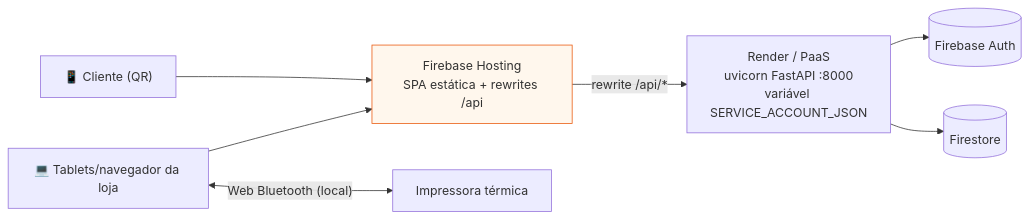
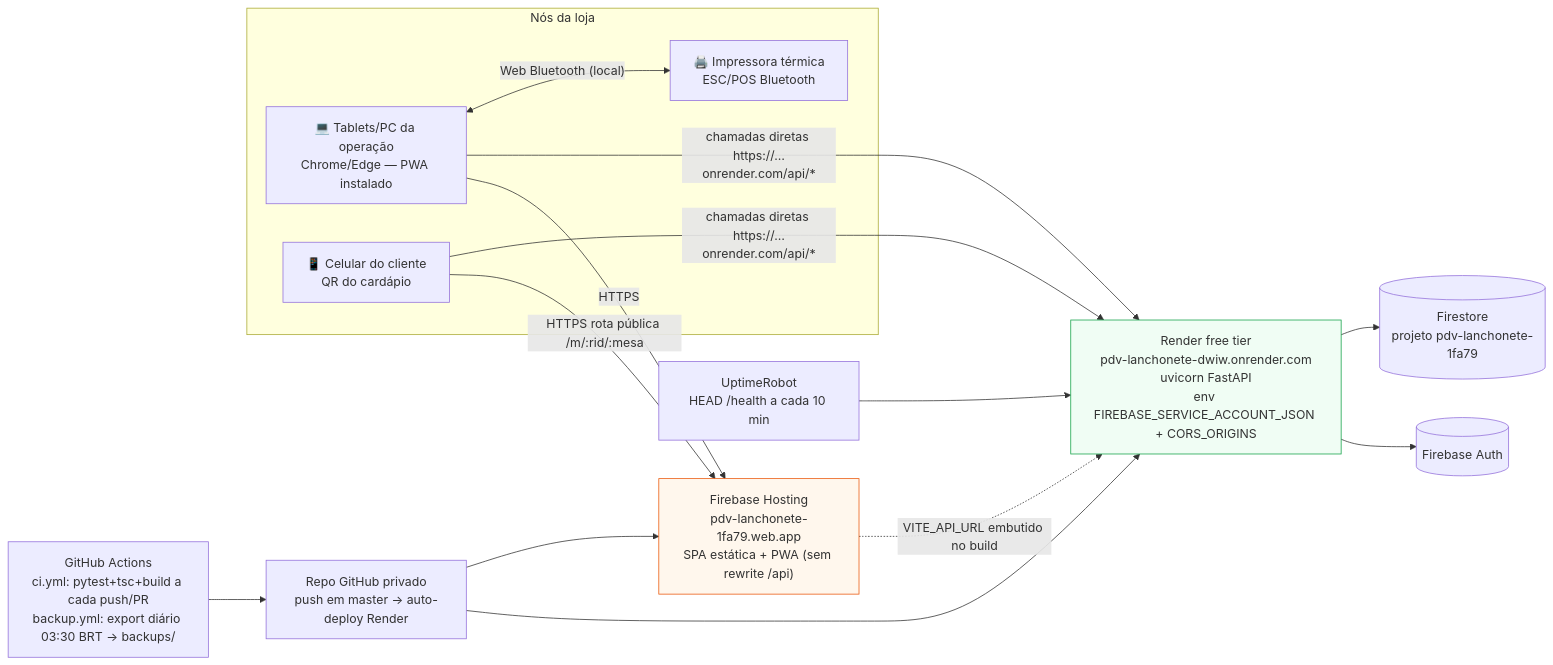
Before and after one commit to gabrielabrahaodev/pdv-lanchonete: the second of 3 diagrams in docs/02-modelagem/diagrama-implantacao.md, drawn with Mermaid. The commit also changed other lines of this file and 31 other files, not shown here.

````diff
--- a/docs/02-modelagem/diagrama-implantacao.md
+++ b/docs/02-modelagem/diagrama-implantacao.md
@@ -38,10 +38,33 @@
 ```mermaid
 flowchart LR
-    U1["💻 Tablets/navegador da loja"] & U2["📱 Cliente (QR)"] --> FH["Firebase Hosting<br/>SPA estática + rewrites /api"]
-    FH -->|"rewrite /api/*"| RN["Render / PaaS<br/>uvicorn FastAPI :8000<br/>variável SERVICE_ACCOUNT_JSON"]
-    RN --> AUTH2[("Firebase Auth")]
-    RN --> FS2[("Firestore")]
-    U1 <-->|"Web Bluetooth (local)"| IMP2["Impressora térmica"]
+    subgraph LOJA["Nós da loja"]
+        U1["💻 Tablets/PC da operação<br/>Chrome/Edge — PWA instalado"]
+        IMP["🖨️ Impressora térmica<br/>ESC/POS Bluetooth"]
+        U2["📱 Celular do cliente<br/>QR do cardápio"]
+    end
+
+    FH["Firebase Hosting<br/>pdv-lanchonete-1fa79.web.app<br/>SPA estática + PWA (sem rewrite /api)"]
+    RN["Render free tier<br/>pdv-lanchonete-dwiw.onrender.com<br/>uvicorn FastAPI<br/>env FIREBASE_SERVICE_ACCOUNT_JSON + CORS_ORIGINS"]
+
+    GHA["GitHub Actions<br/>ci.yml: pytest+tsc+build a cada push/PR<br/>backup.yml: export diário 03:30 BRT → backups/"]
+    MON["UptimeRobot<br/>HEAD /health a cada 10 min"]
+    GH["Repo GitHub privado<br/>push em master → auto-deploy Render"]
+
+    AUTH2[("Firebase Auth")]
+    FS2[("Firestore<br/>projeto pdv-lanchonete-1fa79")]
+
+    U1 -->|"HTTPS"| FH
+    U2 -->|"HTTPS rota pública /m/:rid/:mesa"| FH
+    FH -.->|"VITE_API_URL embutido no build"| RN
+    U1 & U2 -->|"chamadas diretas https://…onrender.com/api/*"| RN
+    U1 <-->|"Web Bluetooth (local)"| IMP
+    RN --> AUTH2
+    RN --> FS2
+    GH --> RN
+    GH --> FH
+    MON --> RN
+    GHA --> GH
 
     style FH fill:#fff7ed,stroke:#ea580c
+    style RN fill:#f0fdf4,stroke:#16a34a
 ```
````
